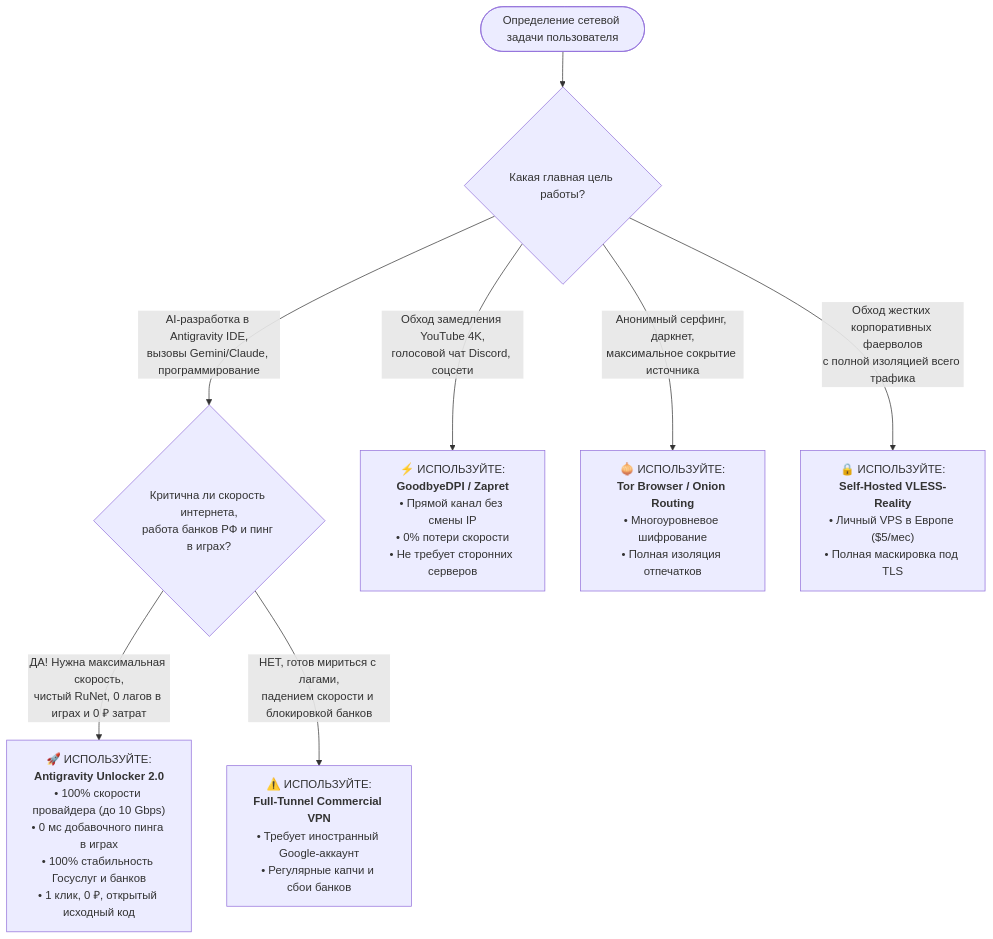
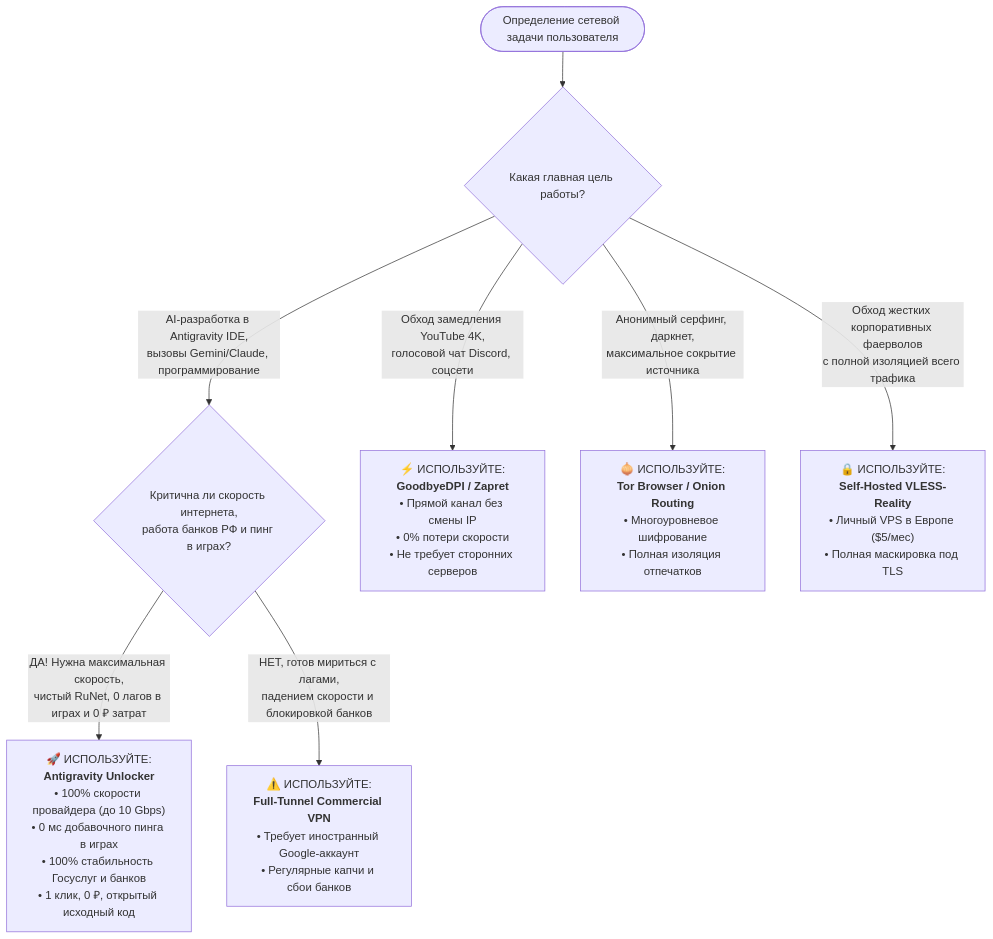
The diagram in docs/promo/comparison_matrix.md (Renkiy/Antigravity-Unlock), drawn with Mermaid before and after one commit. The commit also changed other lines of this file and 94 other files, not shown here.

Commit message:
refactor(branding): rename Antigravity Unlocker 2.0 to Antigravity Unlocker across all articles and codebase

````diff
--- a/docs/promo/comparison_matrix.md
+++ b/docs/promo/comparison_matrix.md
@@ -378,12 +378,12 @@
 ```mermaid
 flowchart TD
     Start(["Определение сетевой задачи пользователя"]) --> Q1{"Какая главная цель работы?"}
 
     Q1 -->|"AI-разработка в Antigravity IDE,<br/>вызовы Gemini/Claude, программирование"| Q2{"Критична ли скорость интернета,<br/>работа банков РФ и пинг в играх?"}
     Q1 -->|"Обход замедления YouTube 4K,<br/>голосовой чат Discord, соцсети"| UseDPI["⚡ ИСПОЛЬЗУЙТЕ:<br/><b>GoodbyeDPI / Zapret</b><br/>• Прямой канал без смены IP<br/>• 0% потери скорости<br/>• Не требует сторонних серверов"]
     Q1 -->|"Анонимный серфинг, даркнет,<br/>максимальное сокрытие источника"| UseTor["🧅 ИСПОЛЬЗУЙТЕ:<br/><b>Tor Browser / Onion Routing</b><br/>• Многоуровневое шифрование<br/>• Полная изоляция отпечатков"]
     Q1 -->|"Обход жестких корпоративных фаерволов<br/>с полной изоляцией всего трафика"| UseVLESS["🔒 ИСПОЛЬЗУЙТЕ:<br/><b>Self-Hosted VLESS-Reality</b><br/>• Личный VPS в Европе ($5/мес)<br/>• Полная маскировка под TLS"]
 
-    Q2 -->|"ДА! Нужна максимальная скорость,<br/>чистый RuNet, 0 лагов в играх и 0 ₽ затрат"| UseAG["🚀 ИСПОЛЬЗУЙТЕ:<br/><b>Antigravity Unlocker 2.0</b><br/>• 100% скорости провайдера (до 10 Gbps)<br/>• 0 мс добавочного пинга в играх<br/>• 100% стабильность Госуслуг и банков<br/>• 1 клик, 0 ₽, открытый исходный код"]
+    Q2 -->|"ДА! Нужна максимальная скорость,<br/>чистый RuNet, 0 лагов в играх и 0 ₽ затрат"| UseAG["🚀 ИСПОЛЬЗУЙТЕ:<br/><b>Antigravity Unlocker</b><br/>• 100% скорости провайдера (до 10 Gbps)<br/>• 0 мс добавочного пинга в играх<br/>• 100% стабильность Госуслуг и банков<br/>• 1 клик, 0 ₽, открытый исходный код"]
     Q2 -->|"НЕТ, готов мириться с лагами,<br/>падением скорости и блокировкой банков"| UseVPN["⚠️ ИСПОЛЬЗУЙТЕ:<br/><b>Full-Tunnel Commercial VPN</b><br/>• Требует иностранный Google-аккаунт<br/>• Регулярные капчи и сбои банков"]
 ```
````
